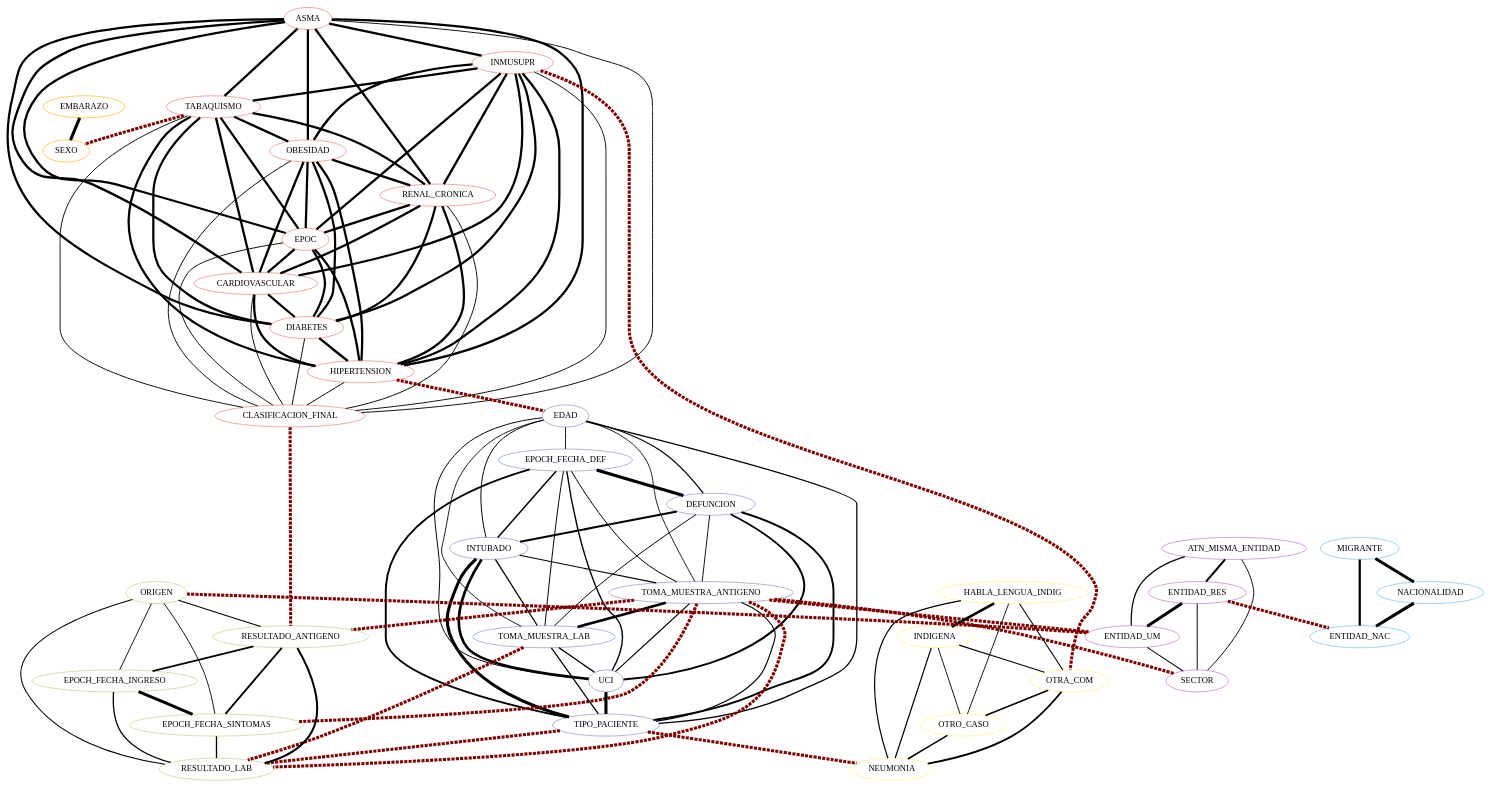
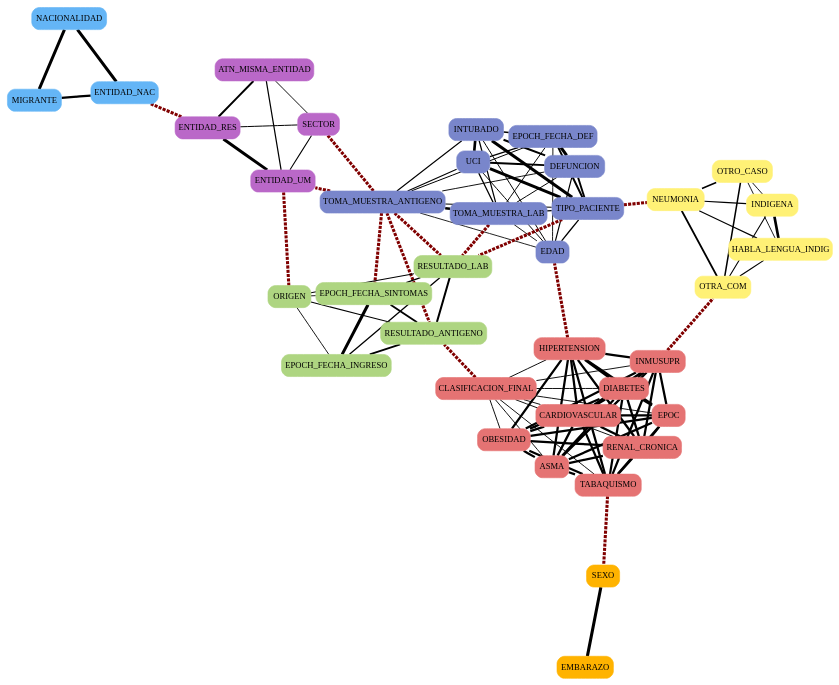
One commit to sinisterra/mscgp changed the diagram in cramer.dot. Above: the diagram before and after it, drawn with Graphviz. The commit also changed 40 other files, not shown here.

```diff
--- a/cramer.dot
+++ b/cramer.dot
@@ -1,156 +1,162 @@
 strict graph  {
+  node [style="rounded,filled" shape="rect" fontname="IBM Plex Sans"]
+edge [fontname="IBM Plex Sans"]
+layout="neato"
+overlap="f"
+outputorder=edgesfirst
+mode=KK
 ASMA [color="#e57373"];
 INMUSUPR [color="#e57373"];
 TABAQUISMO [color="#e57373"];
 OBESIDAD [color="#e57373"];
 RENAL_CRONICA [color="#e57373"];
 EPOC [color="#e57373"];
 CARDIOVASCULAR [color="#e57373"];
 DIABETES [color="#e57373"];
 HIPERTENSION [color="#e57373"];
 CLASIFICACION_FINAL [color="#e57373"];
 EDAD [color="#7986cb"];
 EPOCH_FECHA_DEF [color="#7986cb"];
 DEFUNCION [color="#7986cb"];
 INTUBADO [color="#7986cb"];
 TOMA_MUESTRA_ANTIGENO [color="#7986cb"];
 TOMA_MUESTRA_LAB [color="#7986cb"];
 UCI [color="#7986cb"];
 TIPO_PACIENTE [color="#7986cb"];
 HABLA_LENGUA_INDIG [color="#fff176"];
 INDIGENA [color="#fff176"];
 OTRA_COM [color="#fff176"];
 OTRO_CASO [color="#fff176"];
 NEUMONIA [color="#fff176"];
 ORIGEN [color="#aed581"];
 RESULTADO_ANTIGENO [color="#aed581"];
 EPOCH_FECHA_INGRESO [color="#aed581"];
 EPOCH_FECHA_SINTOMAS [color="#aed581"];
 RESULTADO_LAB [color="#aed581"];
 ATN_MISMA_ENTIDAD [color="#ba68c8"];
 ENTIDAD_RES [color="#ba68c8"];
 ENTIDAD_UM [color="#ba68c8"];
 SECTOR [color="#ba68c8"];
 MIGRANTE [color="#64b5f6"];
 NACIONALIDAD [color="#64b5f6"];
 ENTIDAD_NAC [color="#64b5f6"];
 EMBARAZO [color="#ffb300"];
 SEXO [color="#ffb300"];
 ASMA -- EPOC  [color=black, penwidth="3.736", style=solid, weight="0.684"];
 ASMA -- INMUSUPR  [color=black, penwidth="3.732", style=solid, weight="0.683"];
 ASMA -- TABAQUISMO  [color=black, penwidth="3.696", style=solid];
 ASMA -- OBESIDAD  [color=black, penwidth="3.688", style=solid];
 ASMA -- RENAL_CRONICA  [color=black, penwidth="3.728", style=solid];
 ASMA -- CARDIOVASCULAR  [color=black, penwidth="3.728", style=solid];
 ASMA -- DIABETES  [color=black, penwidth="3.66", style=solid];
 ASMA -- HIPERTENSION  [color=black, penwidth="3.7", style=solid];
 ASMA -- CLASIFICACION_FINAL  [color=black, penwidth="1.504", style=solid];
 INMUSUPR -- RENAL_CRONICA  [color=black, penwidth="3.732", style=solid, weight="0.683"];
 INMUSUPR -- OTRA_COM  [color=maroon, penwidth=5, style=dashed, weight="0.379"];
 INMUSUPR -- TABAQUISMO  [color=black, penwidth="3.688", style=solid];
 INMUSUPR -- OBESIDAD  [color=black, penwidth="3.676", style=solid];
 INMUSUPR -- EPOC  [color=black, penwidth="3.724", style=solid];
 INMUSUPR -- CARDIOVASCULAR  [color=black, penwidth="3.724", style=solid];
 INMUSUPR -- DIABETES  [color=black, penwidth="3.652", style=solid];
 INMUSUPR -- HIPERTENSION  [color=black, penwidth="3.696", style=solid];
 INMUSUPR -- CLASIFICACION_FINAL  [color=black, penwidth="1.504", style=solid];
 TABAQUISMO -- RENAL_CRONICA  [color=black, penwidth="3.704", style=solid, weight="0.676"];
 TABAQUISMO -- SEXO  [color=maroon, penwidth=5, style=dashed, weight="0.097"];
 TABAQUISMO -- OBESIDAD  [color=black, penwidth="3.672", style=solid];
 TABAQUISMO -- EPOC  [color=black, penwidth="3.692", style=solid];
 TABAQUISMO -- CARDIOVASCULAR  [color=black, penwidth="3.7", style=solid];
 TABAQUISMO -- DIABETES  [color=black, penwidth="3.62", style=solid];
 TABAQUISMO -- HIPERTENSION  [color=black, penwidth="3.668", style=solid];
 TABAQUISMO -- CLASIFICACION_FINAL  [color=black, penwidth="1.504", style=solid];
 OBESIDAD -- HIPERTENSION  [color=black, penwidth="3.708", style=solid, weight="0.677"];
 OBESIDAD -- RENAL_CRONICA  [color=black, penwidth="3.692", style=solid];
 OBESIDAD -- EPOC  [color=black, penwidth="3.68", style=solid];
 OBESIDAD -- CARDIOVASCULAR  [color=black, penwidth="3.692", style=solid];
 OBESIDAD -- DIABETES  [color=black, penwidth="3.64", style=solid];
 OBESIDAD -- CLASIFICACION_FINAL  [color=black, penwidth="1.532", style=solid];
 RENAL_CRONICA -- CARDIOVASCULAR  [color=black, penwidth="3.752", style=solid, weight="0.688"];
 RENAL_CRONICA -- HIPERTENSION  [color=black, penwidth="3.744", style=solid, weight="0.686"];
 RENAL_CRONICA -- EPOC  [color=black, penwidth="3.724", style=solid];
 RENAL_CRONICA -- DIABETES  [color=black, penwidth="3.688", style=solid];
 RENAL_CRONICA -- CLASIFICACION_FINAL  [color=black, penwidth="1.508", style=solid];
 EPOC -- CARDIOVASCULAR  [color=black, penwidth="3.732", style=solid];
 EPOC -- DIABETES  [color=black, penwidth="3.672", style=solid];
 EPOC -- HIPERTENSION  [color=black, penwidth="3.712", style=solid];
 EPOC -- CLASIFICACION_FINAL  [color=black, penwidth="1.504", style=solid];
 CARDIOVASCULAR -- DIABETES  [color=black, penwidth="3.668", style=solid];
 CARDIOVASCULAR -- HIPERTENSION  [color=black, penwidth="3.728", style=solid];
 CARDIOVASCULAR -- CLASIFICACION_FINAL  [color=black, penwidth="1.504", style=solid];
 DIABETES -- HIPERTENSION  [color=black, penwidth="3.888", style=solid, weight="0.722"];
 DIABETES -- CLASIFICACION_FINAL  [color=black, penwidth="1.524", style=solid];
 HIPERTENSION -- EDAD  [color=maroon, penwidth=5, style=dashed, weight="0.268"];
 HIPERTENSION -- CLASIFICACION_FINAL  [color=black, penwidth="1.532", style=solid];
 CLASIFICACION_FINAL -- RESULTADO_ANTIGENO  [color=maroon, penwidth=5, style=dashed, weight="0.596"];
 EDAD -- EPOCH_FECHA_DEF  [color=black, penwidth="1.476", style=solid];
 EDAD -- DEFUNCION  [color=black, penwidth="1.952", style=solid];
 EDAD -- INTUBADO  [color=black, penwidth="1.612", style=solid];
 EDAD -- TOMA_MUESTRA_ANTIGENO  [color=black, penwidth="1.404", style=solid];
 EDAD -- TOMA_MUESTRA_LAB  [color=black, penwidth="1.444", style=solid];
 EDAD -- UCI  [color=black, penwidth="1.608", style=solid];
 EDAD -- TIPO_PACIENTE  [color=black, penwidth="2.056", style=solid];
 EPOCH_FECHA_DEF -- DEFUNCION  [color=black, penwidth="5.0", style=solid, weight="1.0"];
 EPOCH_FECHA_DEF -- INTUBADO  [color=black, penwidth="2.392", style=solid];
 EPOCH_FECHA_DEF -- TOMA_MUESTRA_ANTIGENO  [color=black, penwidth="1.6320000000000001", style=solid];
 EPOCH_FECHA_DEF -- TOMA_MUESTRA_LAB  [color=black, penwidth="1.612", style=solid];
 EPOCH_FECHA_DEF -- UCI  [color=black, penwidth="2.248", style=solid];
 EPOCH_FECHA_DEF -- TIPO_PACIENTE  [color=black, penwidth="3.128", style=solid];
 DEFUNCION -- INTUBADO  [color=black, penwidth="3.348", style=solid, weight="0.587"];
 DEFUNCION -- TOMA_MUESTRA_ANTIGENO  [color=black, penwidth="1.512", style=solid];
 DEFUNCION -- TOMA_MUESTRA_LAB  [color=black, penwidth="1.596", style=solid];
 DEFUNCION -- UCI  [color=black, penwidth="3.152", style=solid];
 DEFUNCION -- TIPO_PACIENTE  [color=black, penwidth="3.128", style=solid];
 INTUBADO -- TIPO_PACIENTE  [color=black, penwidth="5.0", style=solid, weight="1.0"];
 INTUBADO -- TOMA_MUESTRA_ANTIGENO  [color=black, penwidth="1.788", style=solid];
 INTUBADO -- TOMA_MUESTRA_LAB  [color=black, penwidth="2.04", style=solid];
 INTUBADO -- UCI  [color=black, penwidth="4.368", style=solid];
 TOMA_MUESTRA_ANTIGENO -- RESULTADO_ANTIGENO  [color=maroon, penwidth=5, style=dashed, weight="1.0"];
 TOMA_MUESTRA_ANTIGENO -- RESULTADO_LAB  [color=maroon, penwidth=5, style=dashed, weight="0.814"];
 TOMA_MUESTRA_ANTIGENO -- EPOCH_FECHA_SINTOMAS  [color=maroon, penwidth=5, style=dashed, weight="0.654"];
 TOMA_MUESTRA_ANTIGENO -- ENTIDAD_UM  [color=maroon, penwidth=5, style=dashed, weight="0.313"];
 TOMA_MUESTRA_ANTIGENO -- SECTOR  [color=maroon, penwidth=5, style=dashed, weight="0.223"];
 TOMA_MUESTRA_ANTIGENO -- TOMA_MUESTRA_LAB  [color=black, penwidth="4.252", style=solid];
 TOMA_MUESTRA_ANTIGENO -- UCI  [color=black, penwidth="1.788", style=solid];
 TOMA_MUESTRA_ANTIGENO -- TIPO_PACIENTE  [color=black, penwidth="1.78", style=solid];
 TOMA_MUESTRA_LAB -- RESULTADO_LAB  [color=maroon, penwidth=5, style=dashed, weight="1.0"];
 TOMA_MUESTRA_LAB -- UCI  [color=black, penwidth="2.04", style=solid];
 TOMA_MUESTRA_LAB -- TIPO_PACIENTE  [color=black, penwidth="2.04", style=solid];
 UCI -- TIPO_PACIENTE  [color=black, penwidth="5.0", style=solid, weight="1.0"];
 TIPO_PACIENTE -- NEUMONIA  [color=maroon, penwidth=5, style=dashed, weight="0.624"];
 TIPO_PACIENTE -- RESULTADO_LAB  [color=maroon, penwidth=5, style=dashed, weight="0.285"];
 HABLA_LENGUA_INDIG -- INDIGENA  [color=black, penwidth="4.352", style=solid, weight="0.838"];
 HABLA_LENGUA_INDIG -- OTRA_COM  [color=black, penwidth="1.784", style=solid];
 HABLA_LENGUA_INDIG -- OTRO_CASO  [color=black, penwidth="1.464", style=solid];
 HABLA_LENGUA_INDIG -- NEUMONIA  [color=black, penwidth="1.94", style=solid];
 INDIGENA -- NEUMONIA  [color=black, penwidth="1.944", style=solid, weight="0.236"];
 INDIGENA -- OTRA_COM  [color=black, penwidth="1.784", style=solid];
 INDIGENA -- OTRO_CASO  [color=black, penwidth="1.464", style=solid];
 OTRA_COM -- NEUMONIA  [color=black, penwidth="3.088", style=solid, weight="0.522"];
 OTRA_COM -- OTRO_CASO  [color=black, penwidth="2.488", style=solid, weight="0.372"];
 OTRO_CASO -- NEUMONIA  [color=black, penwidth="2.436", style=solid];
 ORIGEN -- ENTIDAD_UM  [color=maroon, penwidth=5, style=dashed, weight="0.309"];
 ORIGEN -- RESULTADO_ANTIGENO  [color=black, penwidth="1.696", style=solid];
 ORIGEN -- EPOCH_FECHA_INGRESO  [color=black, penwidth="1.484", style=solid];
 ORIGEN -- EPOCH_FECHA_SINTOMAS  [color=black, penwidth="1.484", style=solid];
 ORIGEN -- RESULTADO_LAB  [color=black, penwidth="1.6360000000000001", style=solid];
 RESULTADO_ANTIGENO -- EPOCH_FECHA_INGRESO  [color=black, penwidth="2.992", style=solid];
 RESULTADO_ANTIGENO -- EPOCH_FECHA_SINTOMAS  [color=black, penwidth="3.0", style=solid];
 RESULTADO_ANTIGENO -- RESULTADO_LAB  [color=black, penwidth="3.308", style=solid];
 EPOCH_FECHA_INGRESO -- EPOCH_FECHA_SINTOMAS  [color=black, penwidth="4.9239999999999995", style=solid, weight="0.981"];
 EPOCH_FECHA_INGRESO -- RESULTADO_LAB  [color=black, penwidth="2.116", style=solid];
 EPOCH_FECHA_SINTOMAS -- RESULTADO_LAB  [color=black, penwidth="2.12", style=solid];
 ATN_MISMA_ENTIDAD -- ENTIDAD_RES  [color=black, penwidth="3.244", style=solid, weight="0.561"];
 ATN_MISMA_ENTIDAD -- ENTIDAD_UM  [color=black, penwidth="1.992", style=solid];
 ATN_MISMA_ENTIDAD -- SECTOR  [color=black, penwidth="1.524", style=solid];
 ENTIDAD_RES -- ENTIDAD_UM  [color=black, penwidth="4.896", style=solid, weight="0.974"];
 ENTIDAD_RES -- ENTIDAD_NAC  [color=maroon, penwidth=5, style=dashed, weight="0.825"];
 ENTIDAD_RES -- SECTOR  [color=black, penwidth="1.616", style=solid];
 ENTIDAD_UM -- SECTOR  [color=black, penwidth="1.6560000000000001", style=solid];
 MIGRANTE -- NACIONALIDAD  [color=black, penwidth="4.811999999999999", style=solid, weight="0.953"];
 MIGRANTE -- ENTIDAD_NAC  [color=black, penwidth="3.692", style=solid];
 NACIONALIDAD -- ENTIDAD_NAC  [color=black, penwidth="4.996", style=solid, weight="0.999"];
 EMBARAZO -- SEXO  [color=black, penwidth="5.0", style=solid, weight="1.0"];
 }
```
